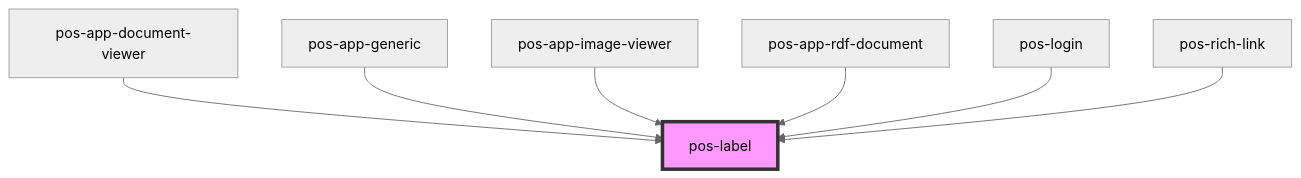
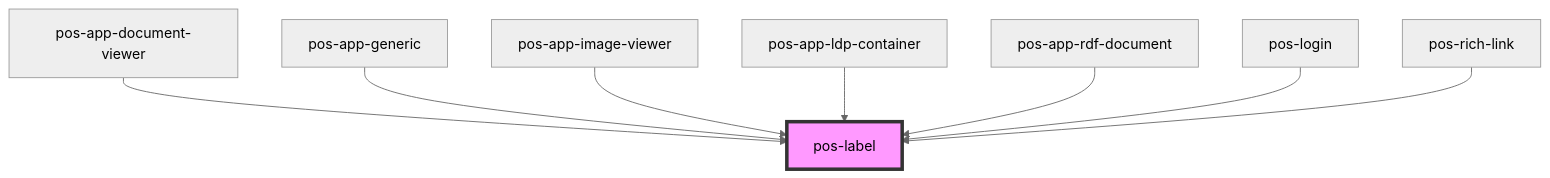
The diagram in docs/elements/components/pos-label/readme.md (pod-os/PodOS), drawn with Mermaid (neutral theme) before and after one commit. The commit also changed other lines of this file and 8 other files, not shown here.

````diff
--- a/docs/elements/components/pos-label/readme.md
+++ b/docs/elements/components/pos-label/readme.md
@@ -27,10 +28,11 @@
 ```mermaid
 graph TD;
   pos-app-document-viewer --> pos-label
   pos-app-generic --> pos-label
   pos-app-image-viewer --> pos-label
+  pos-app-ldp-container --> pos-label
   pos-app-rdf-document --> pos-label
   pos-login --> pos-label
   pos-rich-link --> pos-label
   style pos-label fill:#f9f,stroke:#333,stroke-width:4px
 ```
````
